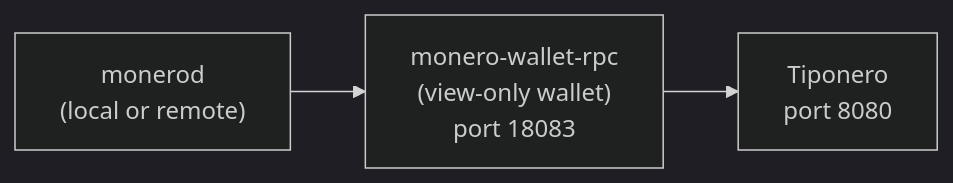
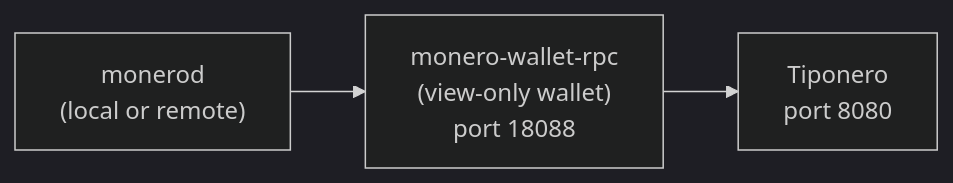
The diagram in docs/deployment/prerequisites.md (tiponero/tiponero-docs), drawn with Mermaid (dark theme) before and after one commit. The commit also changed other lines of this file and 22 other files, not shown here.

````diff
--- a/docs/deployment/prerequisites.md
+++ b/docs/deployment/prerequisites.md
@@ -10,5 +10,5 @@
 ```mermaid
 flowchart LR
-    Monerod["monerod\n(local or remote)"] --> WalletRPC["monero-wallet-rpc\n(view-only wallet)\nport 18083"]
+    Monerod["monerod\n(local or remote)"] --> WalletRPC["monero-wallet-rpc\n(view-only wallet)\nport 18088"]
     WalletRPC --> Tiponero["Tiponero\nport 8080"]
 ```
````
